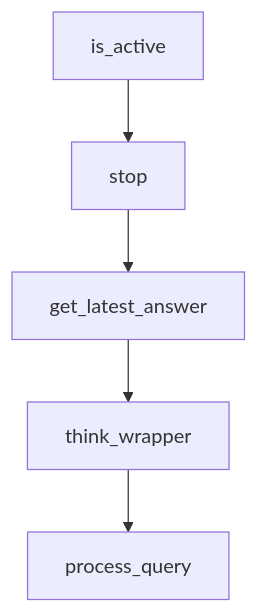
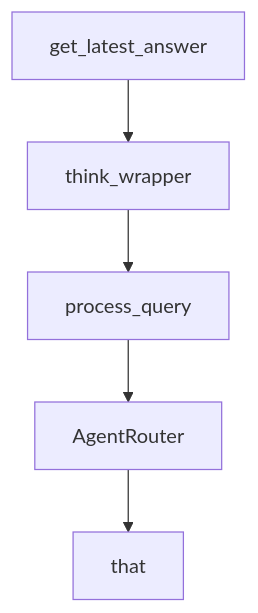
Before and after one commit to johnxie/awesome-code-docs: the second of 2 diagrams in tutorials/agenticseek-tutorial/02-architecture-and-routing-system.md, drawn with Mermaid. The commit also changed other lines of this file and 1232 other files, not shown here.

````diff
--- a/tutorials/agenticseek-tutorial/02-architecture-and-routing-system.md
+++ b/tutorials/agenticseek-tutorial/02-architecture-and-routing-system.md
@@ -241,12 +239,12 @@
 ```mermaid
 flowchart TD
-    A[is_active]
-    B[stop]
-    C[get_latest_answer]
-    D[think_wrapper]
-    E[process_query]
+    A[get_latest_answer]
+    B[think_wrapper]
+    C[process_query]
+    D[AgentRouter]
+    E[that]
     A --> B
     B --> C
     C --> D
     D --> E
 ```
````
